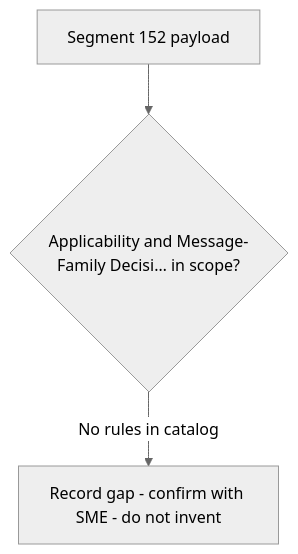
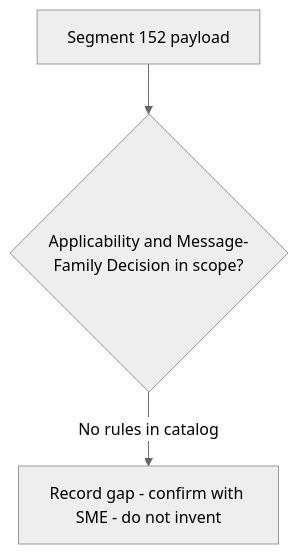
Before and after one commit to DhanSingh-hub/core-auth-ai-validation-framework: the diagram in regression-artifact-validator/specifications/ATL105/docs/specs/kb/segment-152/applicability-decision-flow.md, drawn with Mermaid (neutral theme). The commit also changed 150 other files, not shown here.

````diff
--- a/regression-artifact-validator/specifications/ATL105/docs/specs/kb/segment-152/applicability-decision-flow.md
+++ b/regression-artifact-validator/specifications/ATL105/docs/specs/kb/segment-152/applicability-decision-flow.md
@@ -3,5 +3,5 @@
 ```mermaid
 flowchart TD
-    A[Segment 152 payload] --> B{Applicability and Message-Family Decisi… in scope?}
+    A[Segment 152 payload] --> B{Applicability and Message-Family Decision in scope?}
     B -->|No rules in catalog| G[Record gap - confirm with SME - do not invent]
 ```
````
